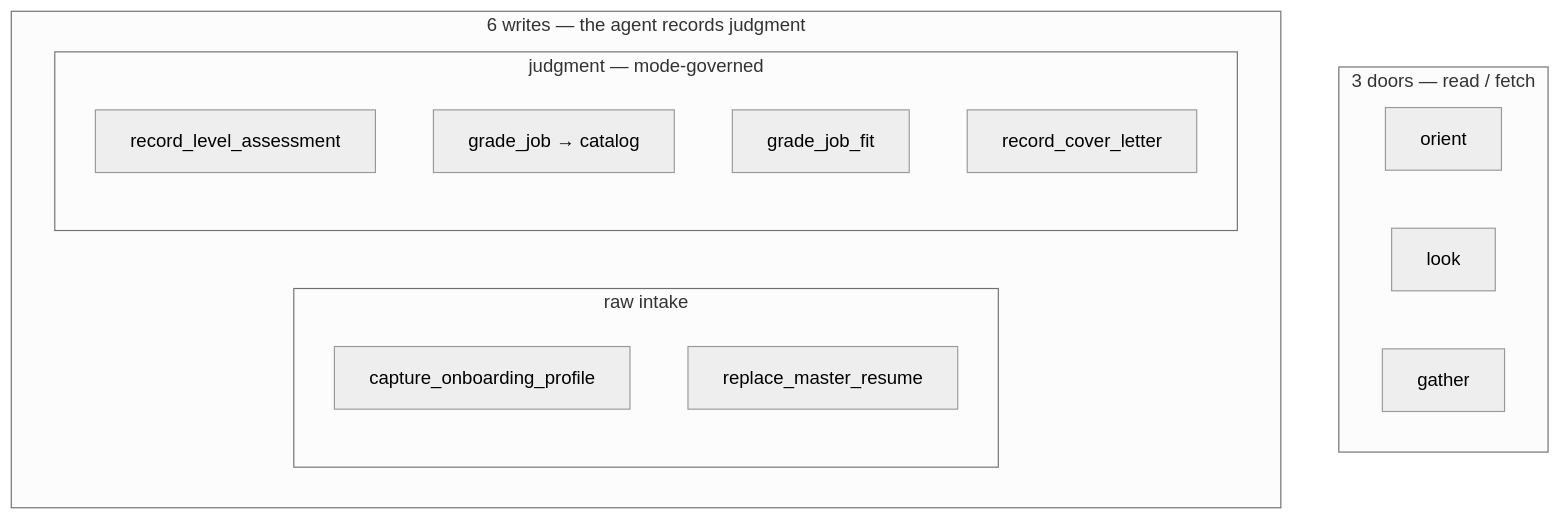
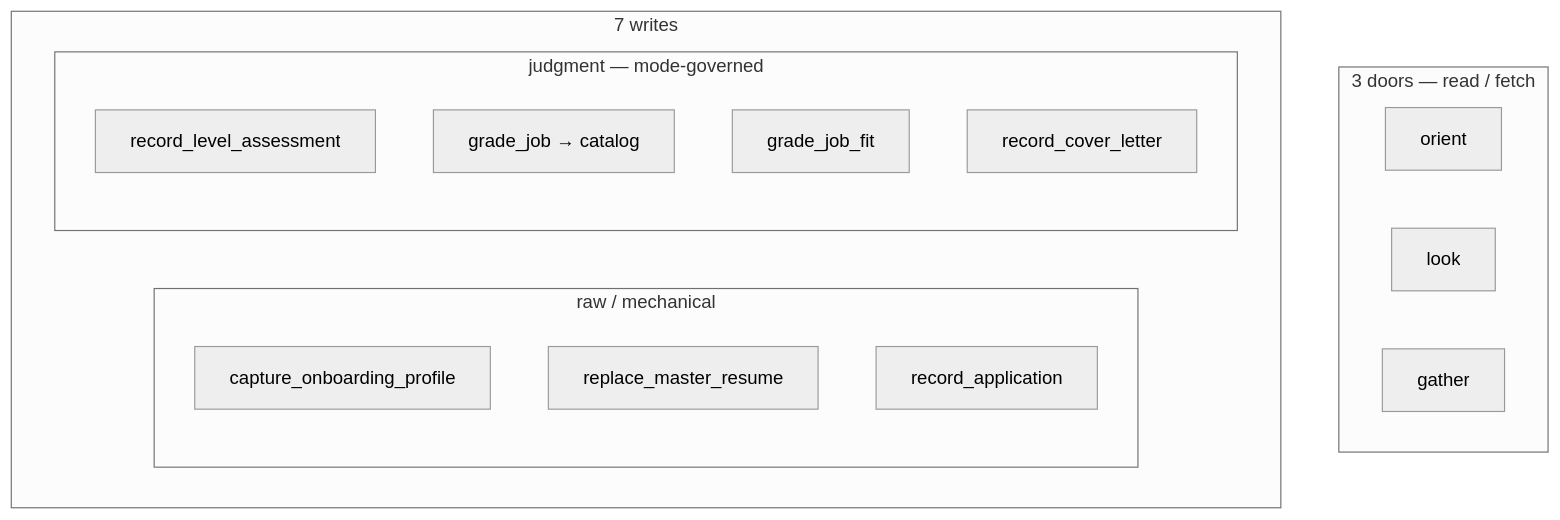
Before and after one commit to algorhythmic/jobbot9000: the second of 3 diagrams in README.md, drawn with Mermaid (neutral theme). The commit also changed other lines of this file and 5 other files, not shown here.

````diff
--- a/README.md
+++ b/README.md
@@ -34,20 +34,21 @@
 ```mermaid
 flowchart TB
   subgraph Doors["3 doors — read / fetch"]
     orient
     look
     gather
   end
-  subgraph Writes["6 writes — the agent records judgment"]
-    subgraph Raw["raw intake"]
+  subgraph Writes["7 writes"]
+    subgraph Raw["raw / mechanical"]
       capture_onboarding_profile
       replace_master_resume
+      record_application
     end
     subgraph Judgment["judgment — mode-governed"]
       record_level_assessment
       grade_job["grade_job → catalog"]
       grade_job_fit
       record_cover_letter
     end
   end
 ```
````
